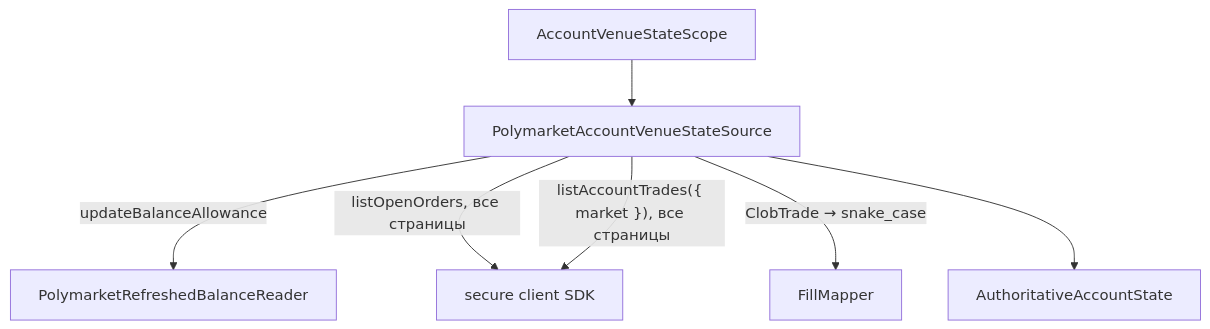
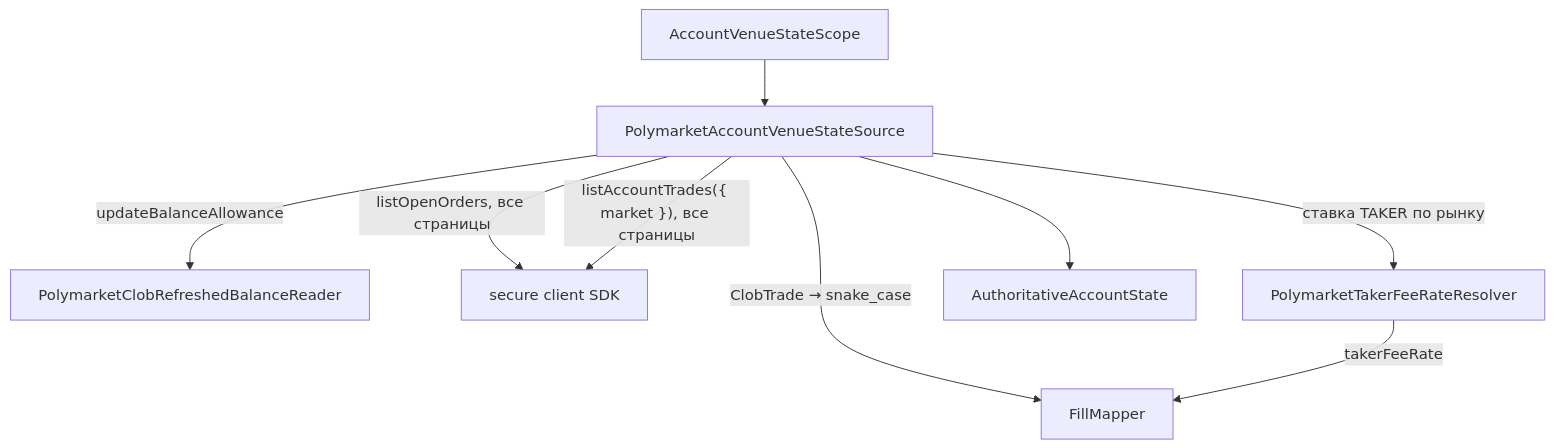
Before and after one commit to menvil/polymarket: the diagram in packages/infrastructure/polymarket-v2/docs/account-venue-state-source.md, drawn with Mermaid. The commit also changed other lines of this file and 17 other files, not shown here.

First line of the commit message:
fix(polymarket-v2): REST taker fee from a rate resolver, CLOB balance reader semantics

````diff
--- a/packages/infrastructure/polymarket-v2/docs/account-venue-state-source.md
+++ b/packages/infrastructure/polymarket-v2/docs/account-venue-state-source.md
@@ -46,9 +46,11 @@
 ```mermaid
 flowchart TD
     S[AccountVenueStateScope] --> A[PolymarketAccountVenueStateSource]
-    A -->|updateBalanceAllowance| R[PolymarketRefreshedBalanceReader]
+    A -->|updateBalanceAllowance| R[PolymarketClobRefreshedBalanceReader]
     A -->|listOpenOrders, все страницы| C[secure client SDK]
     A -->|"listAccountTrades({ market }), все страницы"| C
     A -->|ClobTrade → snake_case| F[FillMapper]
+    A -->|ставка TAKER по рынку| T[PolymarketTakerFeeRateResolver]
+    T -->|takerFeeRate| F
     A --> ST[AuthoritativeAccountState]
 ```
````
